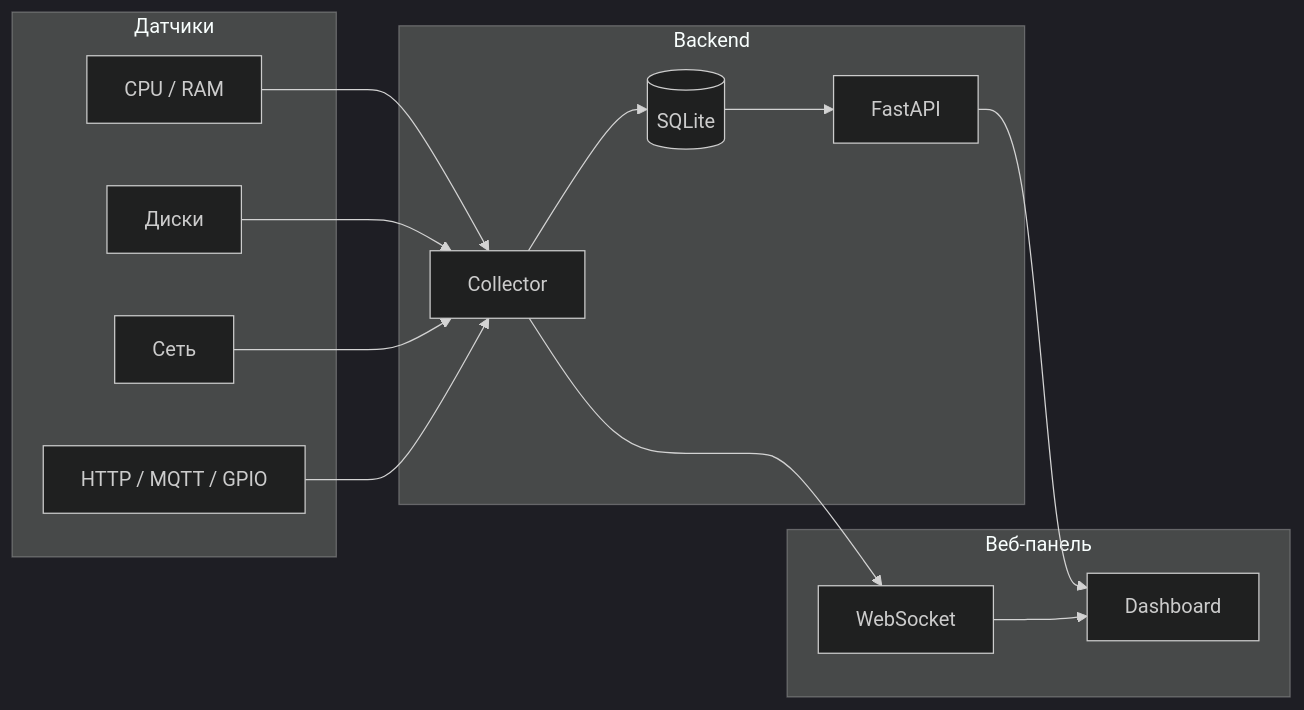
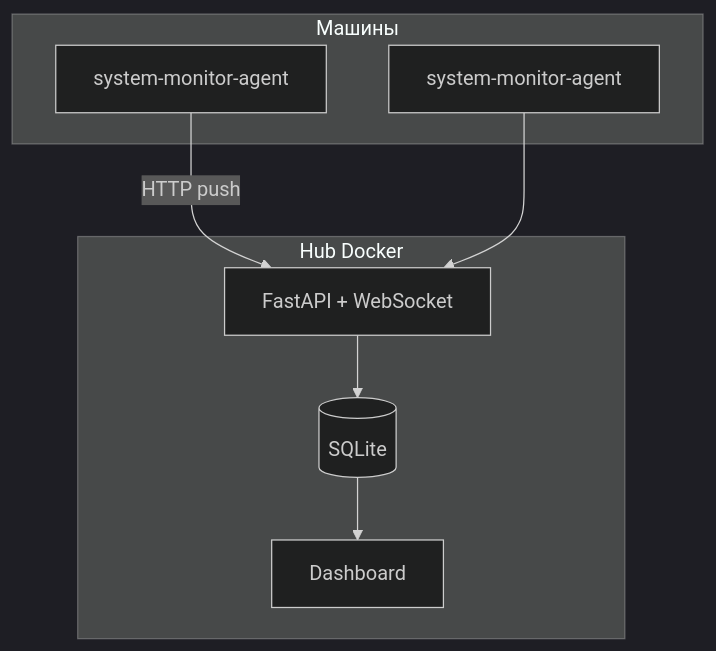
Before and after one commit to pagbest154-cmd/system-monitor: the first of 2 diagrams in README.md, drawn with Mermaid (dark theme). The commit also changed other lines of this file and 68 other files, not shown here.

First line of the commit message:
Refactor system-monitor into hub and agent architecture

````diff
--- a/README.md
+++ b/README.md
@@ -50,30 +52,16 @@
 ```mermaid
-flowchart LR
-    subgraph sensors [Датчики]
-        CPU[CPU / RAM]
-        DISK[Диски]
-        NET[Сеть]
-        PLG[HTTP / MQTT / GPIO]
+flowchart TB
+    subgraph machines [Машины]
+        A1[system-monitor-agent]
+        A2[system-monitor-agent]
     end
-
-    subgraph backend [Backend]
-        COL[Collector]
+    subgraph hubHost [Hub Docker]
+        API[FastAPI + WebSocket]
         DB[(SQLite)]
-        API[FastAPI]
+        UI[Dashboard]
     end
-
-    subgraph ui [Веб-панель]
-        DASH[Dashboard]
-        WS[WebSocket]
-    end
-
-    CPU --> COL
-    DISK --> COL
-    NET --> COL
-    PLG --> COL
-    COL --> DB
-    COL --> WS
-    API --> DASH
-    DB --> API
-    WS --> DASH
+    A1 -->|HTTP push| API
+    A2 --> API
+    API --> DB
+    DB --> UI
 ```
````
